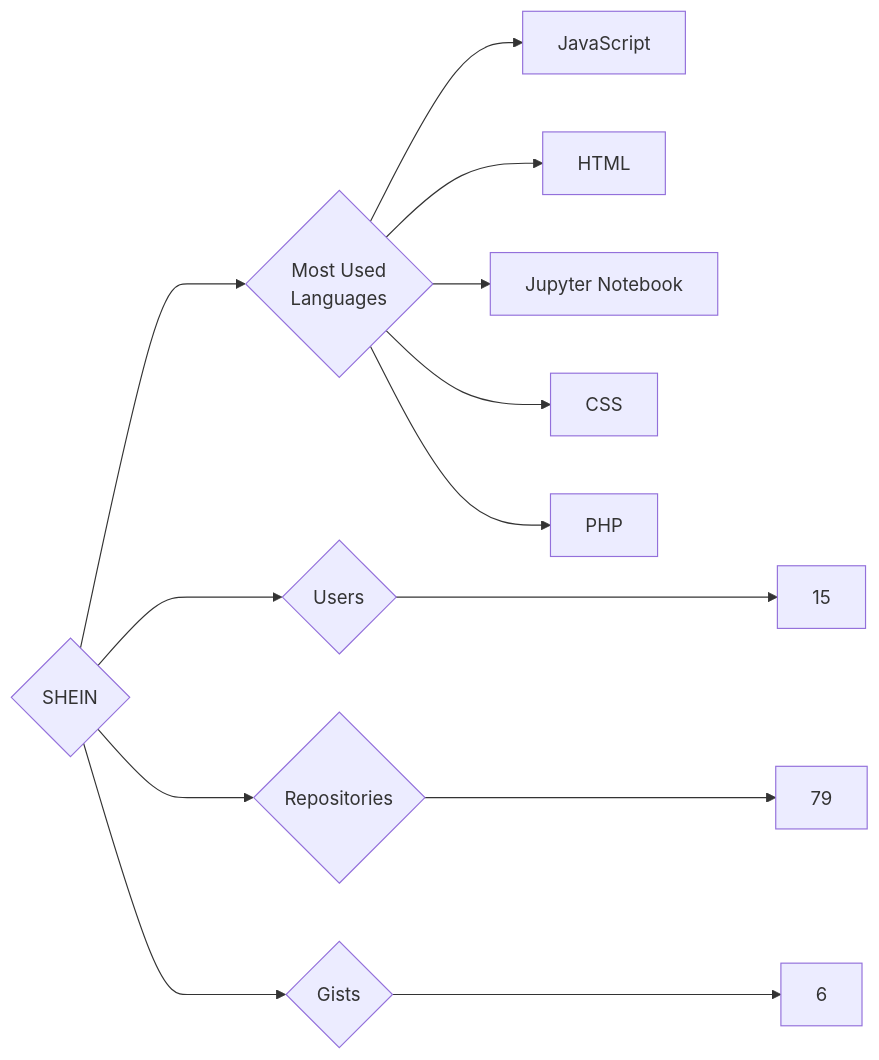
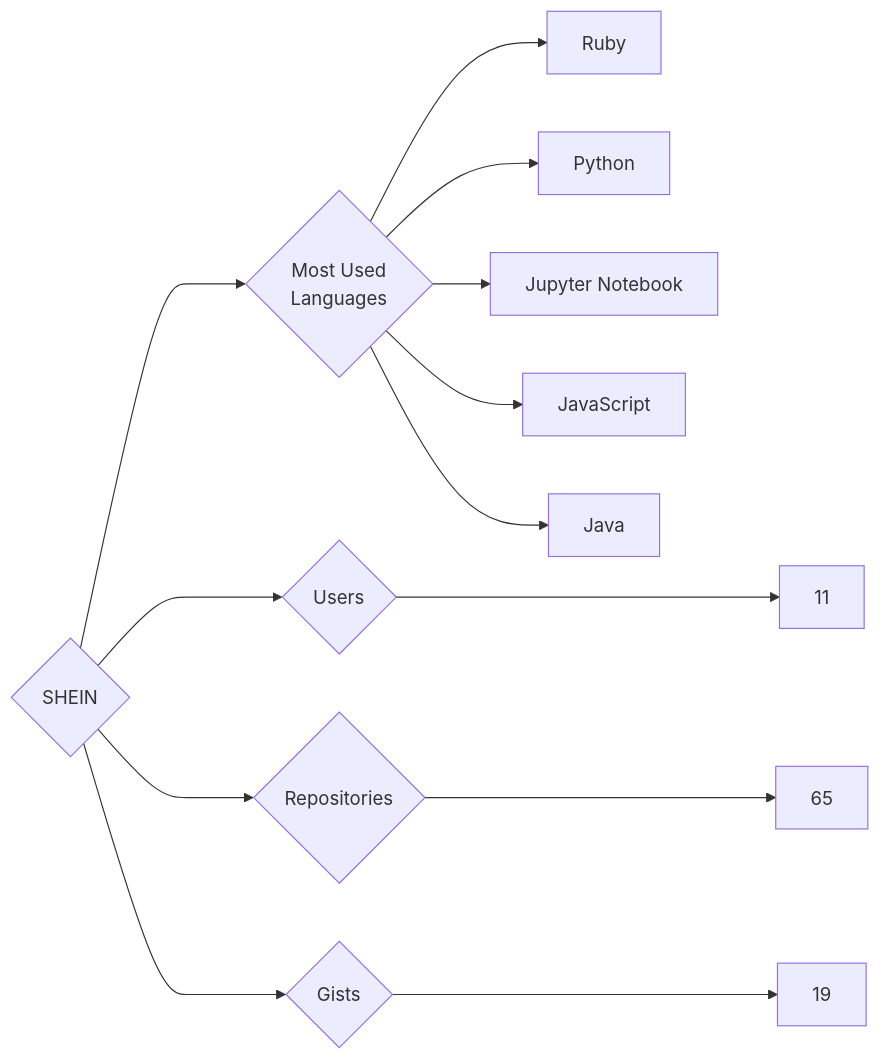
Before and after one commit to trickest/insiders: the diagram in targets/SHEIN/README.md, drawn with Mermaid. The commit also changed 871 other files, not shown here.

````diff
--- a/targets/SHEIN/README.md
+++ b/targets/SHEIN/README.md
@@ -3,13 +3,13 @@
 ```mermaid
 graph LR
 COMPANY_NAME{SHEIN}
-COMPANY_NAME ---> U{Users} ---> UN[15]
-COMPANY_NAME ---> R{Repositories} ---> RN[79]
-COMPANY_NAME ---> G{Gists} ---> GN[6]
+COMPANY_NAME ---> U{Users} ---> UN[11]
+COMPANY_NAME ---> R{Repositories} ---> RN[65]
+COMPANY_NAME ---> G{Gists} ---> GN[19]
 COMPANY_NAME ---> ML{Most Used<br>Languages}
+ML --> Ruby[Ruby]
+ML --> Python[Python]
+ML --> Jupyter_Notebook[Jupyter Notebook]
 ML --> JavaScript[JavaScript]
-ML --> HTML[HTML]
-ML --> Jupyter_Notebook[Jupyter Notebook]
-ML --> CSS[CSS]
-ML --> PHP[PHP]
+ML --> Java[Java]
 ```
````
